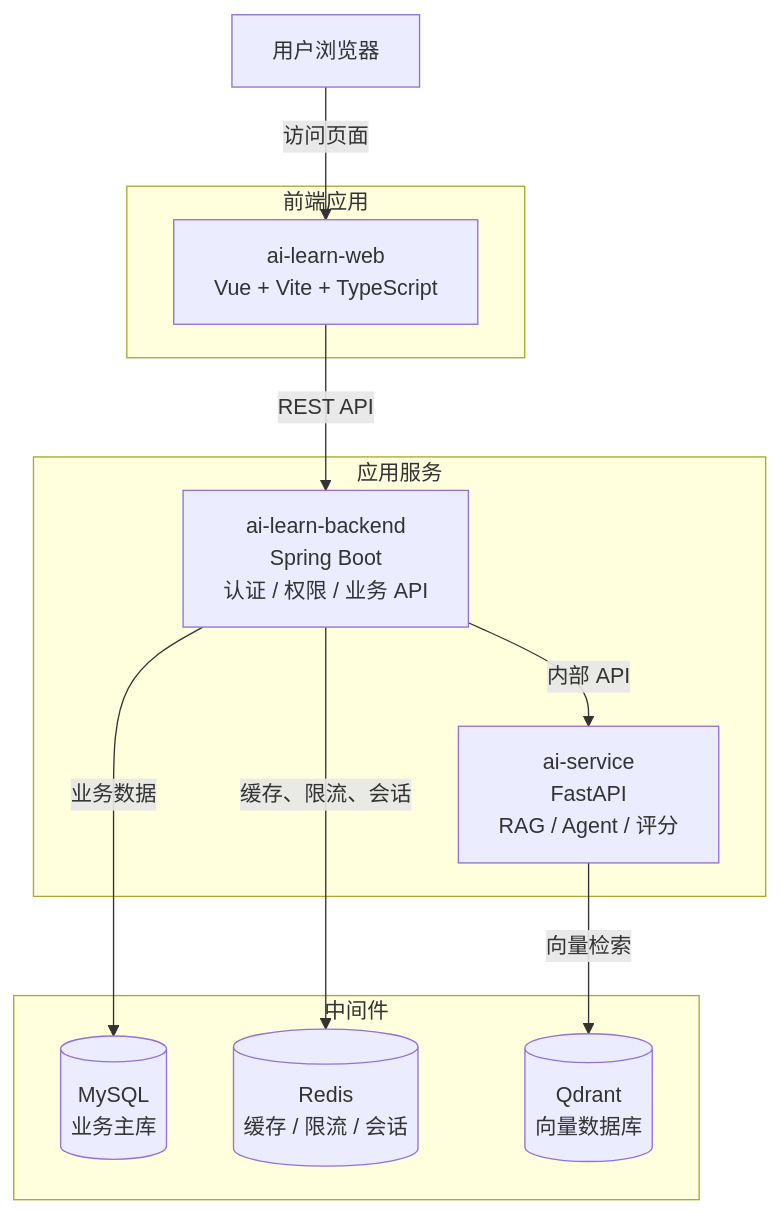
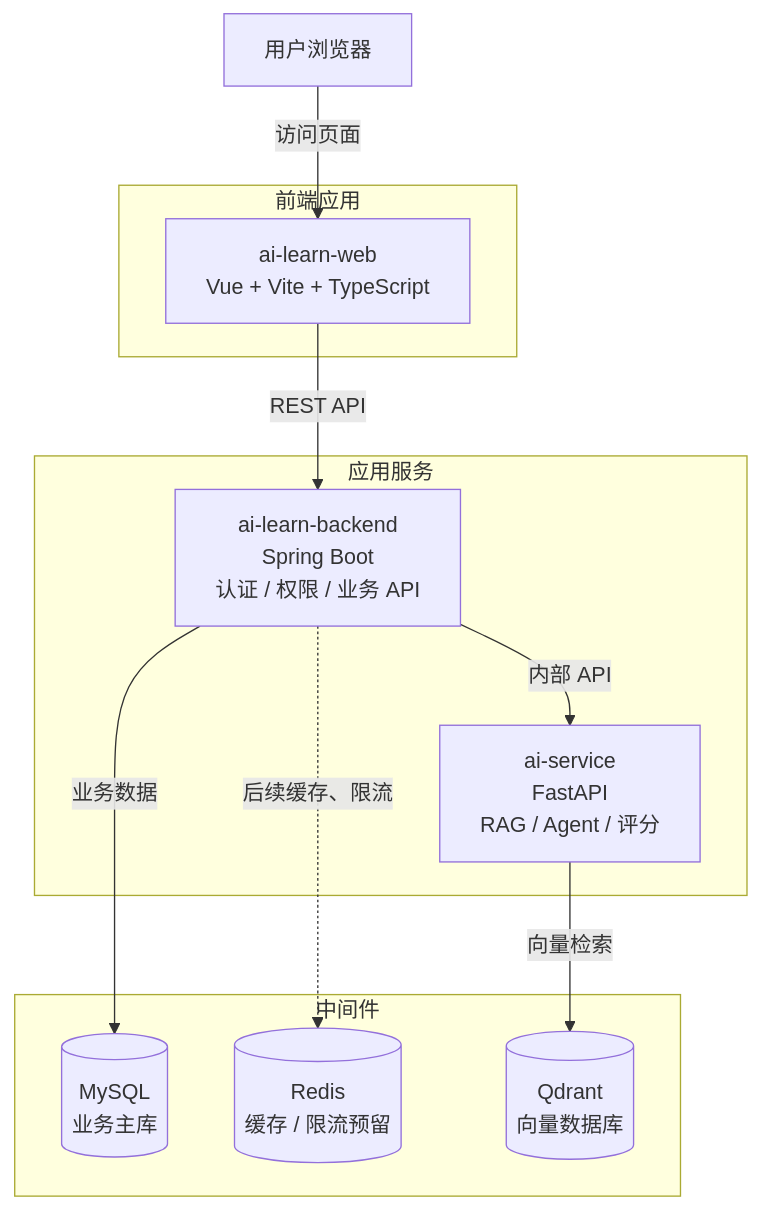
The diagram in doc/2.架构设计/2.1架构设计文档.md (Earth-OL-Player/ai_learn_project), drawn with Mermaid before and after one commit. The commit also changed other lines of this file and 30 other files, not shown here.

````diff
--- a/doc/2.架构设计/2.1架构设计文档.md
+++ b/doc/2.架构设计/2.1架构设计文档.md
@@ -22,26 +22,26 @@
 ```mermaid
 flowchart TB
     user["用户浏览器"]
 
     subgraph client["前端应用"]
         web["ai-learn-web<br/>Vue + Vite + TypeScript"]
     end
 
     subgraph app["应用服务"]
         backend["ai-learn-backend<br/>Spring Boot<br/>认证 / 权限 / 业务 API"]
         ai["ai-service<br/>FastAPI<br/>RAG / Agent / 评分"]
     end
 
     subgraph middleware["中间件"]
         mysql[("MySQL<br/>业务主库")]
-        redis[("Redis<br/>缓存 / 限流 / 会话")]
+        redis[("Redis<br/>缓存 / 限流预留")]
         qdrant[("Qdrant<br/>向量数据库")]
     end
 
     user -->|访问页面| web
     web -->|REST API| backend
     backend -->|业务数据| mysql
-    backend -->|缓存、限流、会话| redis
+    backend -.->|后续缓存、限流| redis
     backend -->|内部 API| ai
     ai -->|向量检索| qdrant
 ```
````
